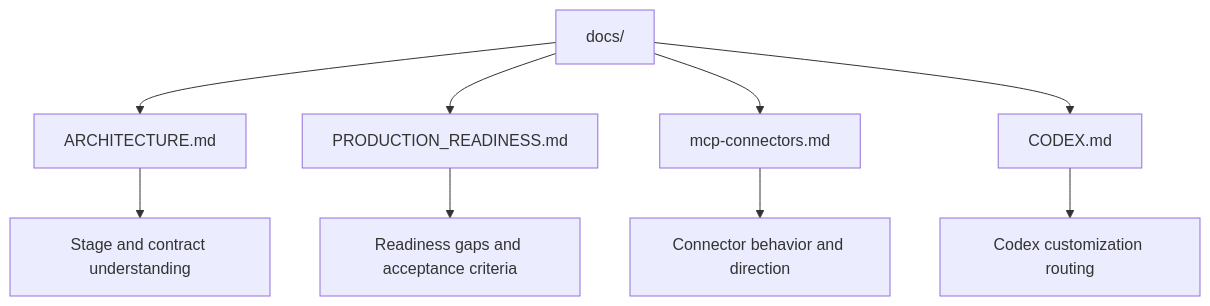
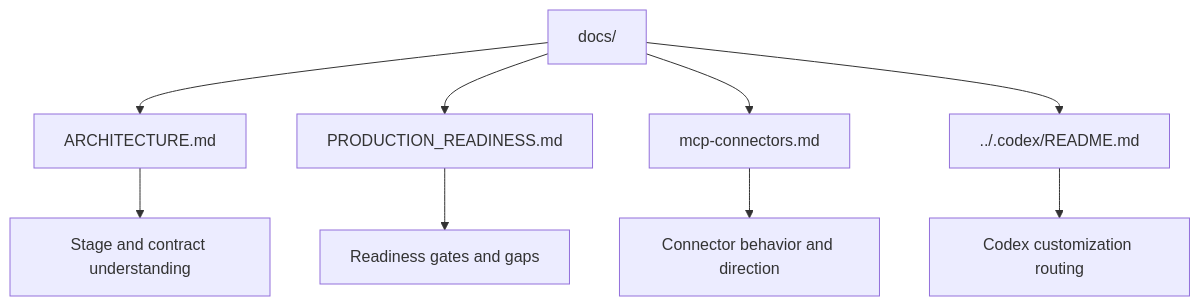
The diagram in docs/README.md (sx-tane/context-os), drawn with Mermaid before and after one commit. The commit also changed other lines of this file and 10 other files, not shown here.

````diff
--- a/docs/README.md
+++ b/docs/README.md
@@ -14,11 +14,11 @@
 ```mermaid
 flowchart TD
 	ROOT[docs/] --> ARCH[ARCHITECTURE.md]
 	ROOT --> PROD[PRODUCTION_READINESS.md]
 	ROOT --> MCP[mcp-connectors.md]
-	ROOT --> CODEX[CODEX.md]
+	ROOT --> CODEX[../.codex/README.md]
 	ARCH --> STAGES[Stage and contract understanding]
-	PROD --> GAPS[Readiness gaps and acceptance criteria]
+	PROD --> GAPS[Readiness gates and gaps]
 	MCP --> SOURCES[Connector behavior and direction]
 	CODEX --> CUSTOM[Codex customization routing]
 ```
````
